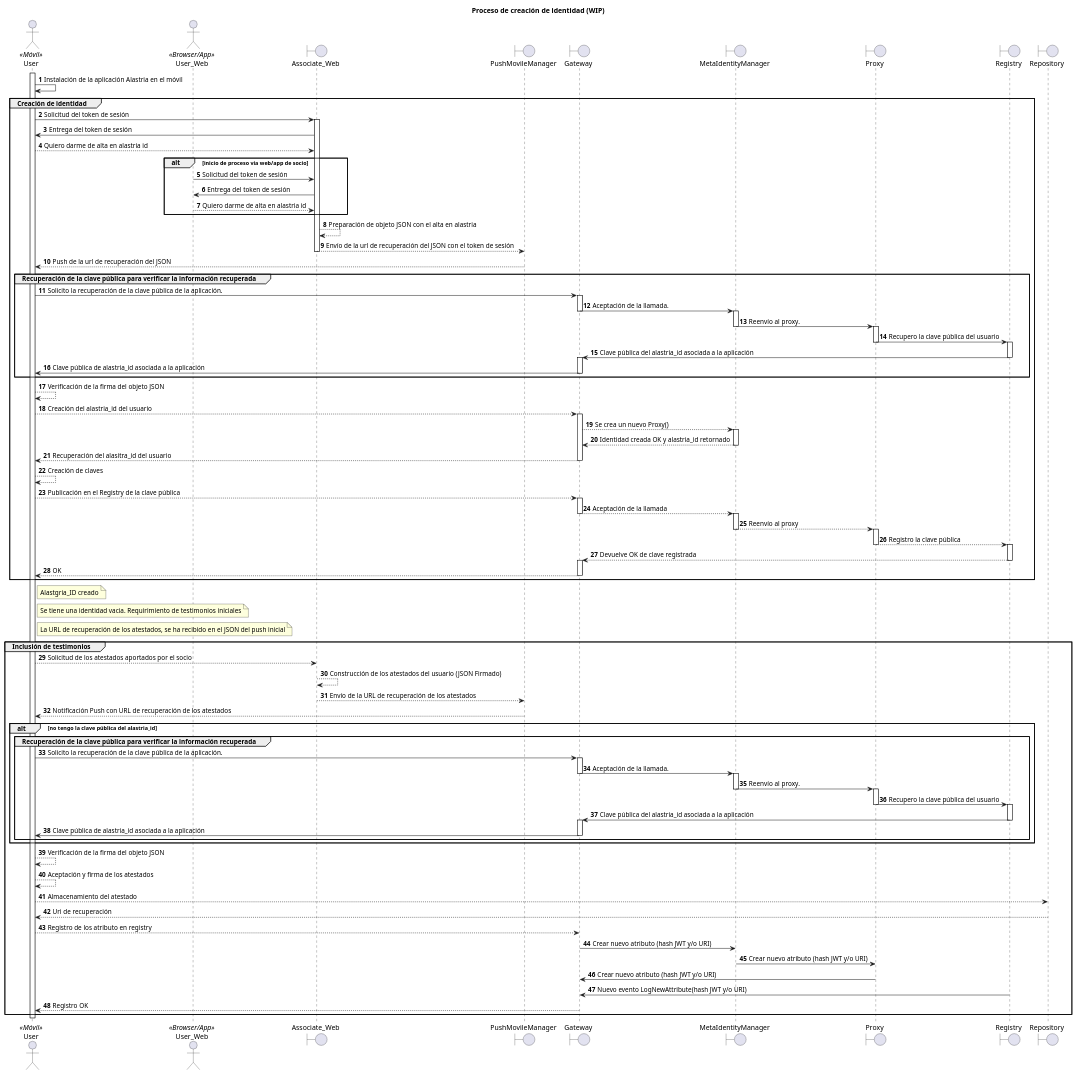
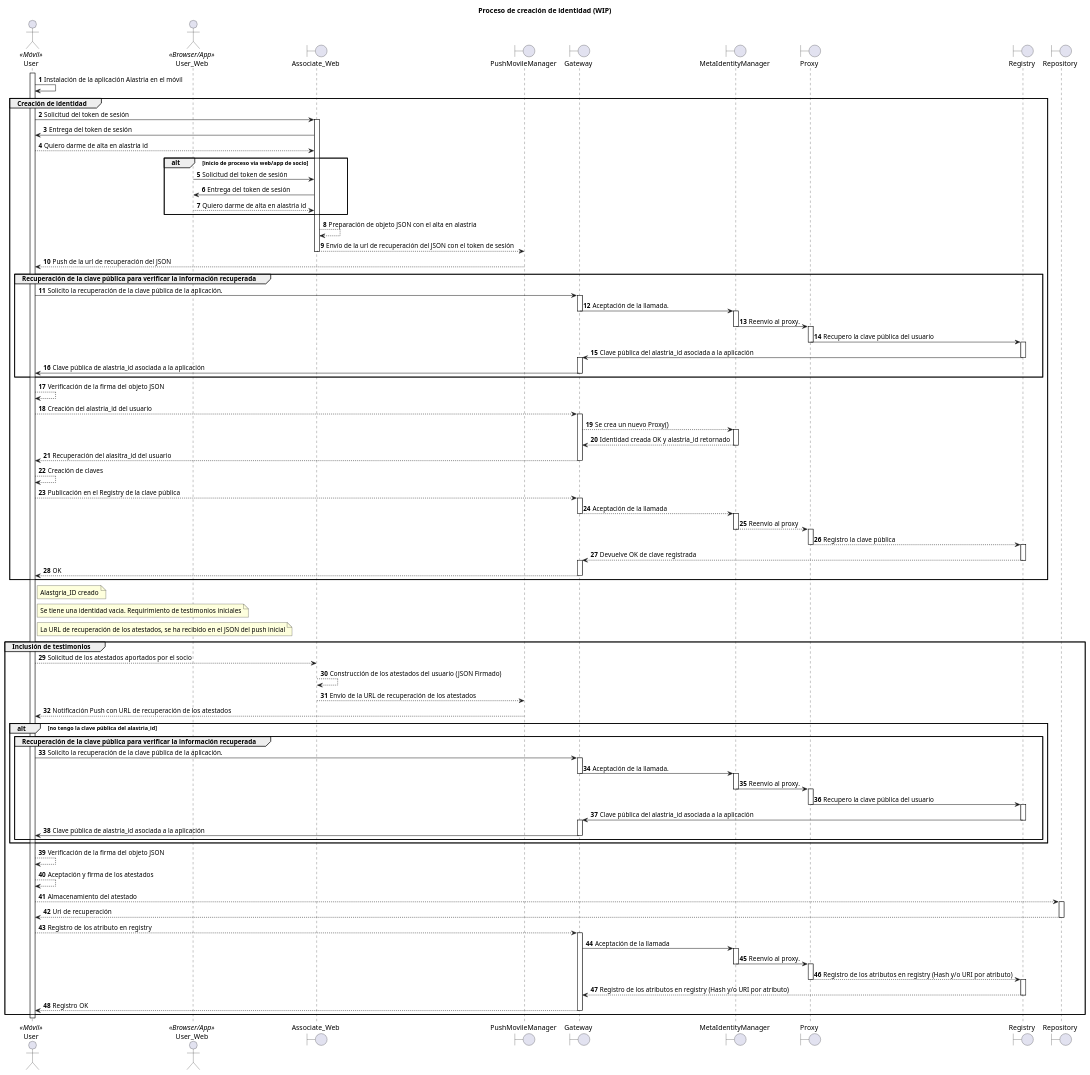
One commit to alastria/alastria-identity changed the diagram in diagrams/creación.puml. Above: the diagram before and after it, drawn with PlantUML.

Commit message:
Creacion.puml updated

```diff
--- a/diagrams/creación.puml
+++ b/diagrams/creación.puml
@@ -1,127 +1,137 @@
 @startuml
 actor User <<Móvil>>
 actor User_Web <<Browser/App>>
 boundary Associate_Web
 boundary  PushMovileManager
 boundary Gateway
 boundary MetaIdentityManager
 boundary Proxy
 boundary Registry
 boundary Repository
 
 autonumber
 title
     Proceso de creación de identidad (WIP)
 end title
 activate User
 
 User->User: Instalación de la aplicación Alastria en el móvil
 
 group Creación de identidad
 
   User -> Associate_Web: Solicitud del token de sesión
   activate Associate_Web
   Associate_Web -> User: Entrega del token de sesión
   User --> Associate_Web: Quiero darme de alta en alastria id
   alt inicio de proceso via web/app de socio
   User_Web->Associate_Web: Solicitud del token de sesión
   Associate_Web->User_Web: Entrega del token de sesión
   User_Web-->Associate_Web: Quiero darme de alta en alastria id
   end
   activate Associate_Web
   Associate_Web --> Associate_Web: Preparación de objeto JSON con el alta en alastria
   Associate_Web --> PushMovileManager: Envío de la url de recuperación del JSON con el token de sesión
   deactivate Associate_Web
   PushMovileManager --> User: Push de la url de recuperación del JSON
 
   group Recuperación de la clave pública para verificar la información recuperada
       User->Gateway: Solicito la recuperación de la clave pública de la aplicación.
       activate Gateway
       Gateway->MetaIdentityManager: Aceptación de la llamada.
       deactivate Gateway
       activate MetaIdentityManager
       MetaIdentityManager->Proxy: Reenvío al proxy.
       deactivate MetaIdentityManager
       activate Proxy
       Proxy->Registry: Recupero la clave pública del usuario
       deactivate Proxy
       activate Registry
       Registry->Gateway: Clave pública del alastria_id asociada a la aplicación
       deactivate Registry
       activate Gateway
       Gateway->User: Clave pública de alastria_id asociada a la aplicación
       deactivate Gateway
   end
 
   User --> User: Verificación de la firma del objeto JSON
   User --> Gateway: Creación del alastria_id del usuario
   activate Gateway
   Gateway --> MetaIdentityManager: Se crea un nuevo Proxy()
   activate MetaIdentityManager
   MetaIdentityManager --> Gateway: Identidad creada OK y alastria_id retornado
   deactivate MetaIdentityManager
   Gateway --> User: Recuperación del alasitra_id del usuario
   deactivate Gateway
   User --> User: Creación de claves
   User --> Gateway: Publicación en el Registry de la clave pública
   activate Gateway
   Gateway --> MetaIdentityManager: Aceptación de la llamada
   deactivate Gateway
   activate MetaIdentityManager
   MetaIdentityManager --> Proxy: Reenvío al proxy
   deactivate MetaIdentityManager
   activate Proxy
   Proxy --> Registry: Registro la clave pública
   deactivate Proxy
   activate Registry
   Registry --> Gateway: Devuelve OK de clave registrada
   deactivate Registry
   activate Gateway
   Gateway --> User: OK
   deactivate Gateway
 
 end
 
 note right User: Alastgria_ID creado
 note right User: Se tiene una identidad vacia. Requirimiento de testimonios iniciales
 note right User: La URL de recuperación de los atestados, se ha recibido en el JSON del push inicial
 
 group Inclusión de testimonios
   User --> Associate_Web: Solicitud de los atestados aportados por el socio
   Associate_Web --> Associate_Web: Construcción de los atestados del usuario (JSON Firmado)
   Associate_Web --> PushMovileManager: Envío de la URL de recuperación de los atestados
   PushMovileManager --> User: Notificación Push con URL de recuperación de los atestados
   alt no tengo la clave pública del alastria_id
     group Recuperación de la clave pública para verificar la información recuperada
       User->Gateway: Solicito la recuperación de la clave pública de la aplicación.
       activate Gateway
       Gateway->MetaIdentityManager: Aceptación de la llamada.
       deactivate Gateway
       activate MetaIdentityManager
       MetaIdentityManager->Proxy: Reenvío al proxy.
       deactivate MetaIdentityManager
       activate Proxy
       Proxy->Registry: Recupero la clave pública del usuario
       deactivate Proxy
       activate Registry
       Registry->Gateway: Clave pública del alastria_id asociada a la aplicación
       deactivate Registry
       activate Gateway
       Gateway->User: Clave pública de alastria_id asociada a la aplicación
       deactivate Gateway
     end
   end
   User --> User: Verificación de la firma del objeto JSON
   User --> User: Aceptación y firma de los atestados
   User --> Repository: Almacenamiento del atestado
+  activate Repository
   Repository --> User: Uri de recuperación
+  deactivate Repository
   User --> Gateway: Registro de los atributo en registry
-  Gateway -> MetaIdentityManager: Crear nuevo atributo (hash JWT y/o URI)
-  MetaIdentityManager -> Proxy: Crear nuevo atributo (hash JWT y/o URI)
-  Proxy -> Gateway: Crear nuevo atributo (hash JWT y/o URI)
-  Registry -> Gateway: Nuevo evento LogNewAttribute(hash JWT y/o URI)
+  activate Gateway
+  Gateway -> MetaIdentityManager: Aceptación de la llamada
+  activate MetaIdentityManager
+  MetaIdentityManager -> Proxy: Reenvío al proxy.
+  deactivate MetaIdentityManager
+  activate Proxy
+  Proxy --> Registry: Registro de los atributos en registry (Hash y/o URI por atributo)
+  deactivate Proxy
+  activate Registry
+  Registry --> Gateway: Registro de los atributos en registry (Hash y/o URI por atributo)
+    deactivate Registry
   Gateway --> User: Registro OK
+  deactivate Gateway
 end
 deactivate User
 
 @enduml
```
